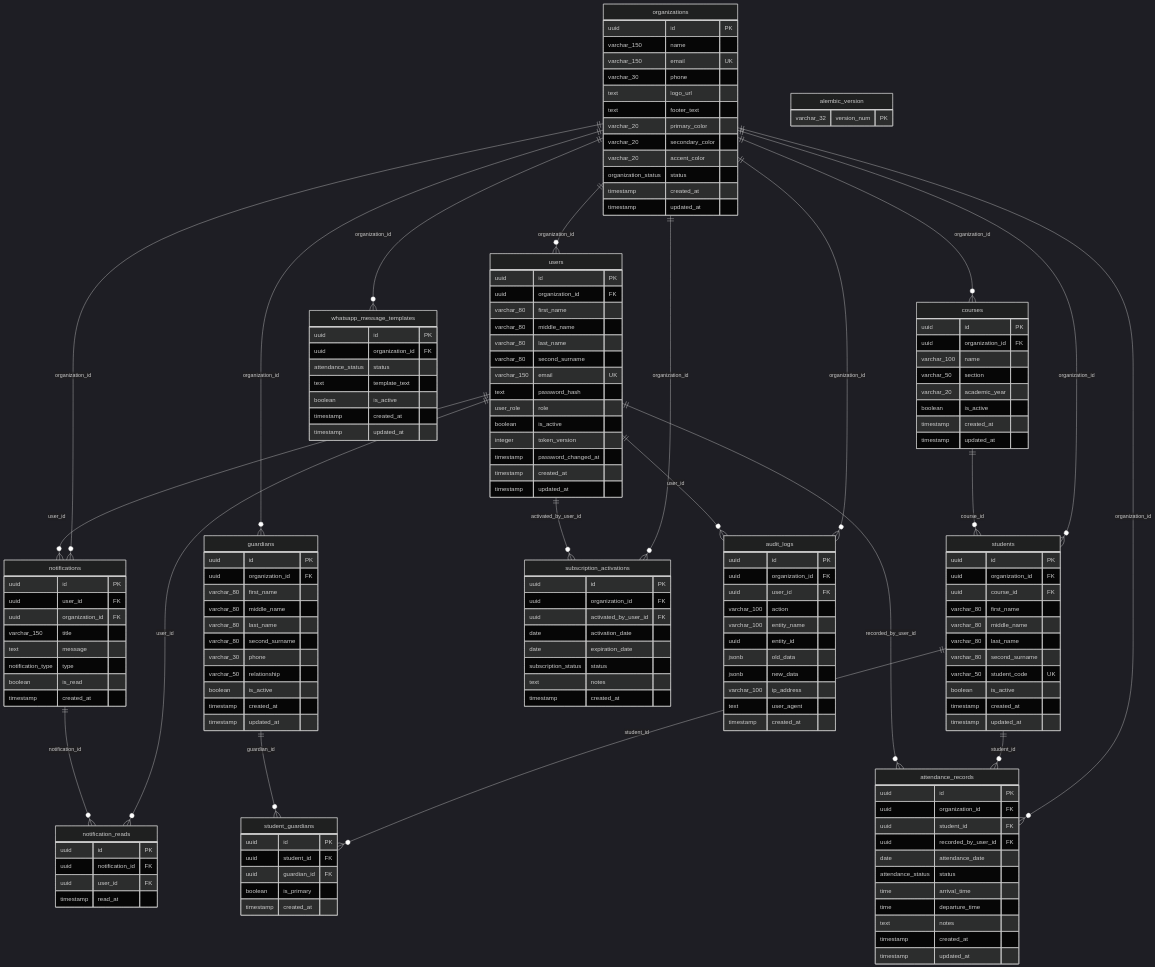
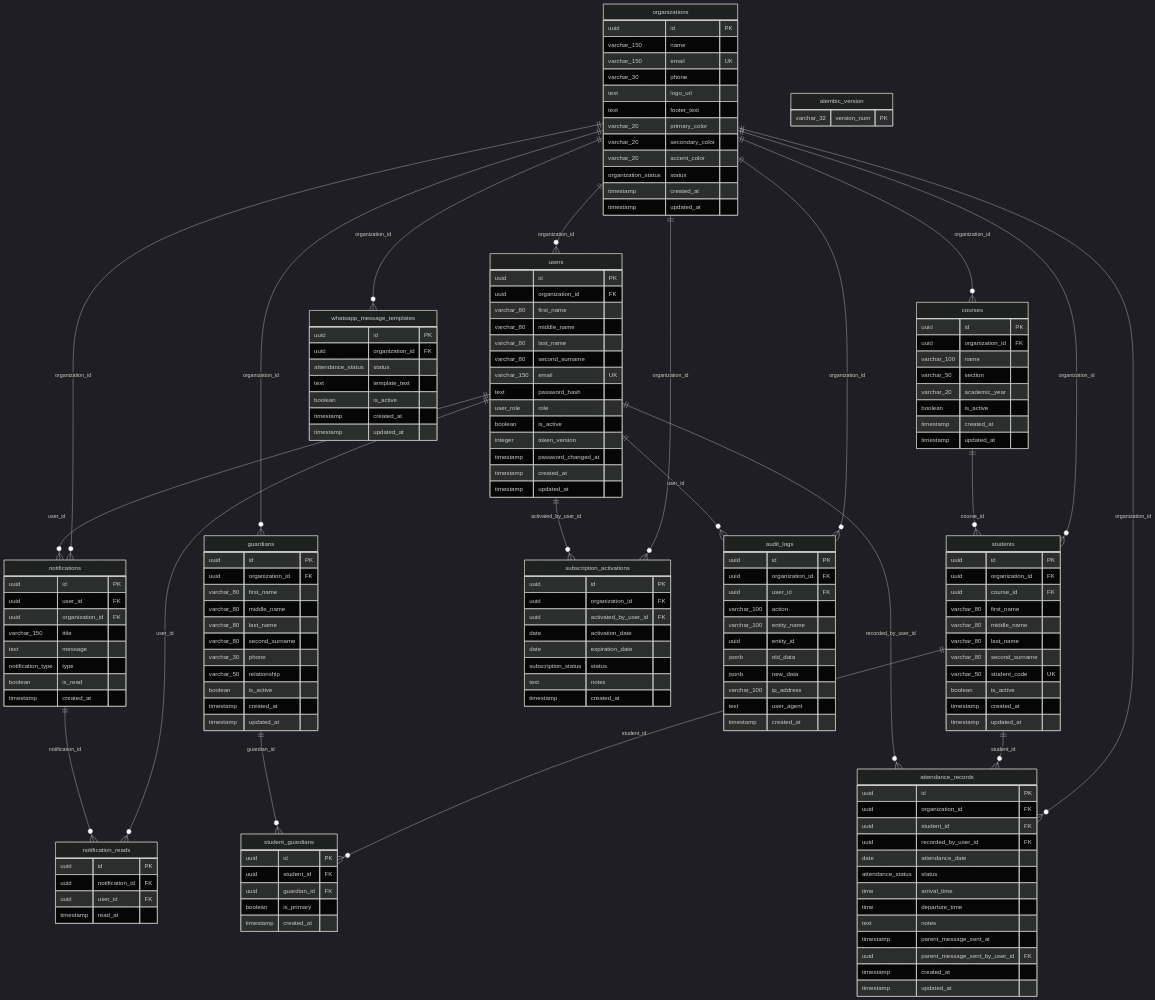
The second of 2 diagrams in docs/diagramas_logico_fisico_base_datos.md (2josecastillo-prog/ReySoft-Asistencia), drawn with Mermaid (dark theme) before and after one commit. The commit also changed other lines of this file and 12 other files, not shown here.

Commit message:
Separate attendance records by parent message status

```diff
--- a/docs/diagramas_logico_fisico_base_datos.md
+++ b/docs/diagramas_logico_fisico_base_datos.md
@@ -160,6 +160,8 @@
         time arrival_time
         time departure_time
         text notes
+        timestamp parent_message_sent_at
+        uuid parent_message_sent_by_user_id FK
         timestamp created_at
         timestamp updated_at
     }
```
